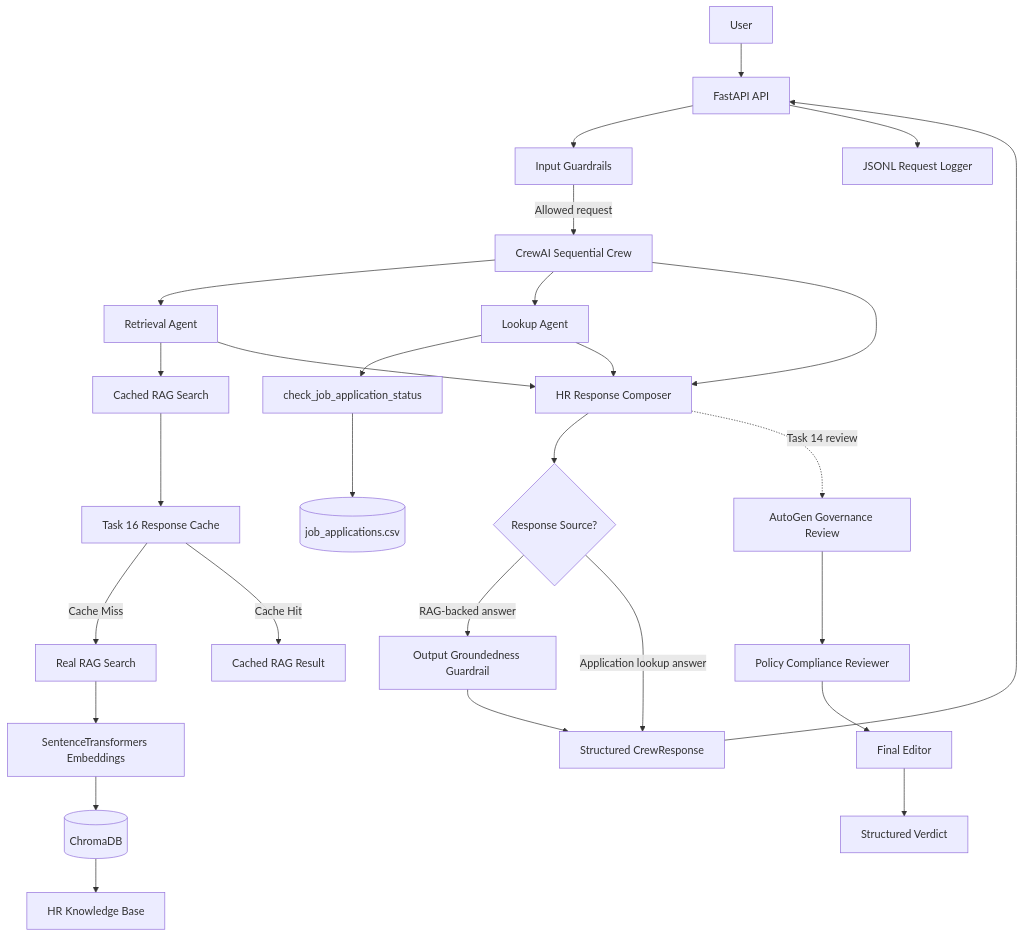
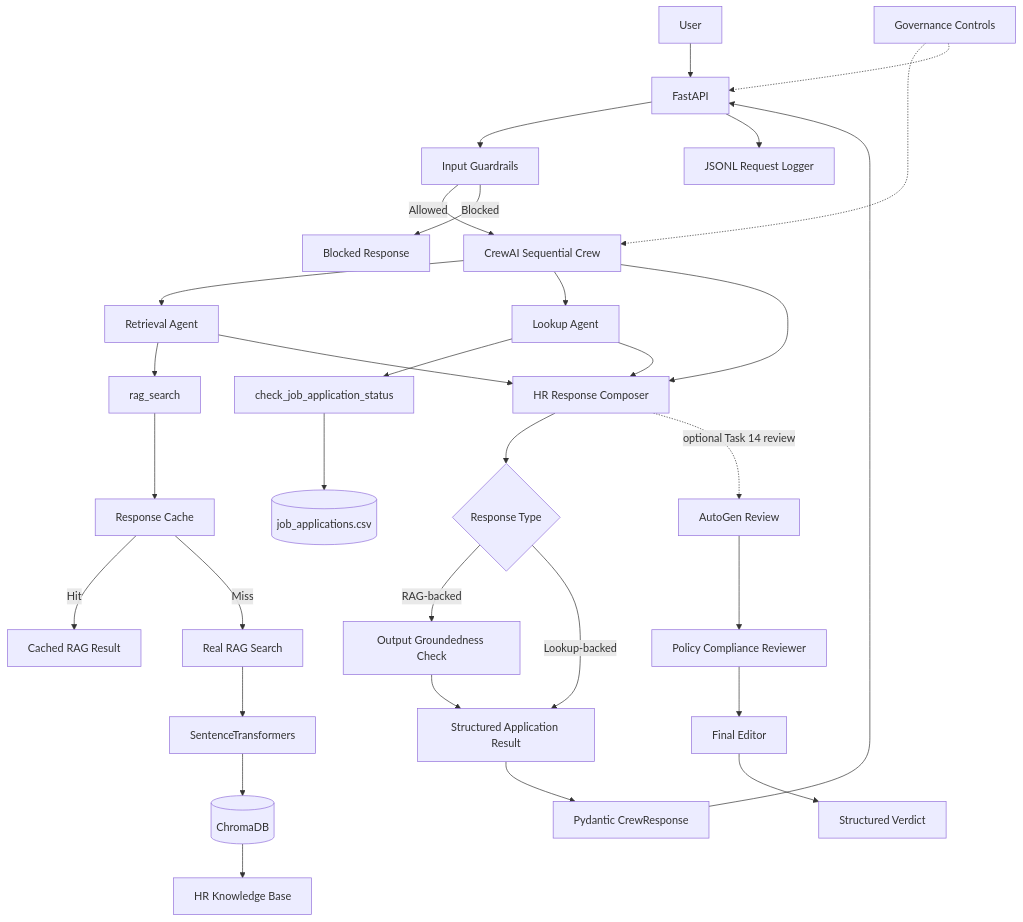
The diagram in README.md (Dipanshu956/naukri-domain-support-agent), drawn with Mermaid before and after one commit. The commit also changed other lines of this file and 2 other files, not shown here.

Commit message:
Final README documentation and architecture and Code changes

````diff
--- a/README.md
+++ b/README.md
@@ -171,41 +242,97 @@
 ```mermaid
 flowchart TD
-    U[User] --> API[FastAPI API]
-    API --> IG[Input Guardrails]
-    IG -->|Allowed request| CREW[CrewAI Sequential Crew]
 
-    CREW --> RA[Retrieval Agent]
-    CREW --> LA[Lookup Agent]
-    CREW --> CA[HR Response Composer]
+    U[User]
+        --> API[FastAPI]
 
-    RA --> RAG[Cached RAG Search]
-    RAG --> CACHE[Task 16 Response Cache]
+    API
+        --> IG[Input Guardrails]
 
-    CACHE -->|Cache Miss| REAL[Real RAG Search]
-    CACHE -->|Cache Hit| CACHED[Cached RAG Result]
+    IG
+        -->|Allowed| CREW[CrewAI Sequential Crew]
 
-    REAL --> EMB[SentenceTransformers Embeddings]
-    EMB --> CHROMA[(ChromaDB)]
-    CHROMA --> KB[HR Knowledge Base]
+    IG
+        -->|Blocked| BLOCK[Blocked Response]
 
-    LA --> LOOKUP[check_job_application_status]
-    LOOKUP --> CSV[(job_applications.csv)]
+    CREW
+        --> RA[Retrieval Agent]
 
-    RA --> CA
-    LA --> CA
+    CREW
+        --> LA[Lookup Agent]
 
-    CA --> DEC{Response Source?}
+    CREW
+        --> CA[HR Response Composer]
 
-    DEC -->|RAG-backed answer| OG[Output Groundedness Guardrail]
-    OG --> RESP[Structured CrewResponse]
+    RA
+        --> RAG[rag_search]
 
-    DEC -->|Application lookup answer| RESP
+    RAG
+        --> CACHE[Response Cache]
 
-    RESP --> API
-    API --> LOG[JSONL Request Logger]
+    CACHE
+        -->|Hit| CACHED[Cached RAG Result]
 
-    CA -. Task 14 review .-> AG[AutoGen Governance Review]
-    AG --> REVIEW[Policy Compliance Reviewer]
-    REVIEW --> EDITOR[Final Editor]
-    EDITOR --> VERDICT[Structured Verdict]
+    CACHE
+        -->|Miss| REAL[Real RAG Search]
+
+    REAL
+        --> EMB[SentenceTransformers]
+
+    EMB
+        --> CHROMA[(ChromaDB)]
+
+    CHROMA
+        --> KB[HR Knowledge Base]
+
+    LA
+        --> LOOKUP[check_job_application_status]
+
+    LOOKUP
+        --> CSV[(job_applications.csv)]
+
+    RA
+        --> CA
+
+    LA
+        --> CA
+
+    CA
+        --> TYPE{Response Type}
+
+    TYPE
+        -->|RAG-backed| GROUND[Output Groundedness Check]
+
+    TYPE
+        -->|Lookup-backed| STRUCT[Structured Application Result]
+
+    GROUND
+        --> STRUCT
+
+    STRUCT
+        --> PYD[Pydantic CrewResponse]
+
+    PYD
+        --> API
+
+    API
+        --> LOG[JSONL Request Logger]
+
+    CA
+        -. optional Task 14 review .->
+        AG[AutoGen Review]
+
+    AG
+        --> REVIEW[Policy Compliance Reviewer]
+
+    REVIEW
+        --> EDITOR[Final Editor]
+
+    EDITOR
+        --> VERDICT[Structured Verdict]
+
+    GOVERN[Governance Controls]
+        -.-> CREW
+
+    GOVERN
+        -.-> API
 ```
````
